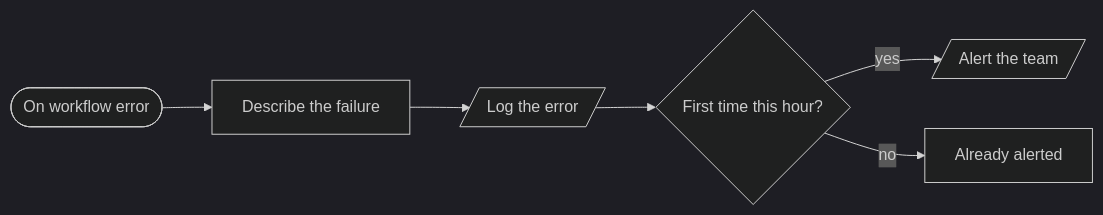
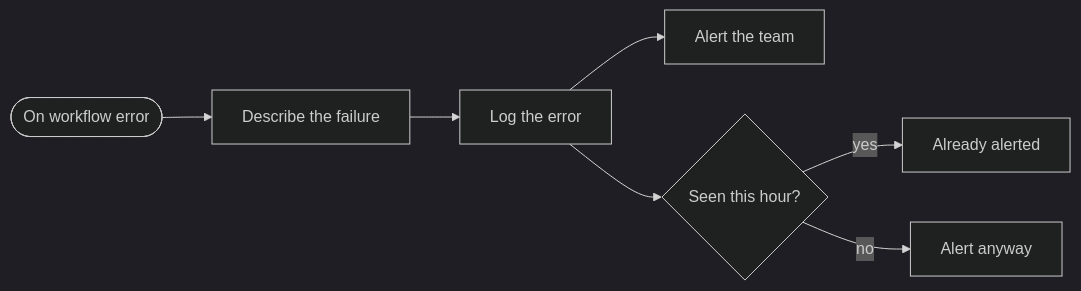
One commit to kimjoshuadr/n8n-workflows changed the first of 6 diagrams in shared/README.md. Above: the diagram before and after it, drawn with Mermaid (dark theme). The commit also changed other lines of this file and 179 other files, not shown here.

````diff
--- a/shared/README.md
+++ b/shared/README.md
@@ -22,14 +23,16 @@
 ```mermaid
 flowchart LR
   nha3ywx(["On workflow error"])
   njrcfql["Describe the failure"]
-  ni022uu[/"Log the error"/]
-  n1oopz9x{"First time this hour?"}
-  ngpp5uf[/"Alert the team"/]
+  ni022uu["Log the error"]
+  ngpp5uf["Alert the team"]
+  n1wflfvb{"Seen this hour?"}
   nexqywc["Already alerted"]
+  n3e6hym["Alert anyway"]
   nha3ywx --> njrcfql
   njrcfql --> ni022uu
-  ni022uu --> n1oopz9x
-  n1oopz9x -->|yes| ngpp5uf
-  n1oopz9x -->|no| nexqywc
+  ni022uu --> ngpp5uf
+  ni022uu --> n1wflfvb
+  n1wflfvb -->|yes| nexqywc
+  n1wflfvb -->|no| n3e6hym
 ```
````
